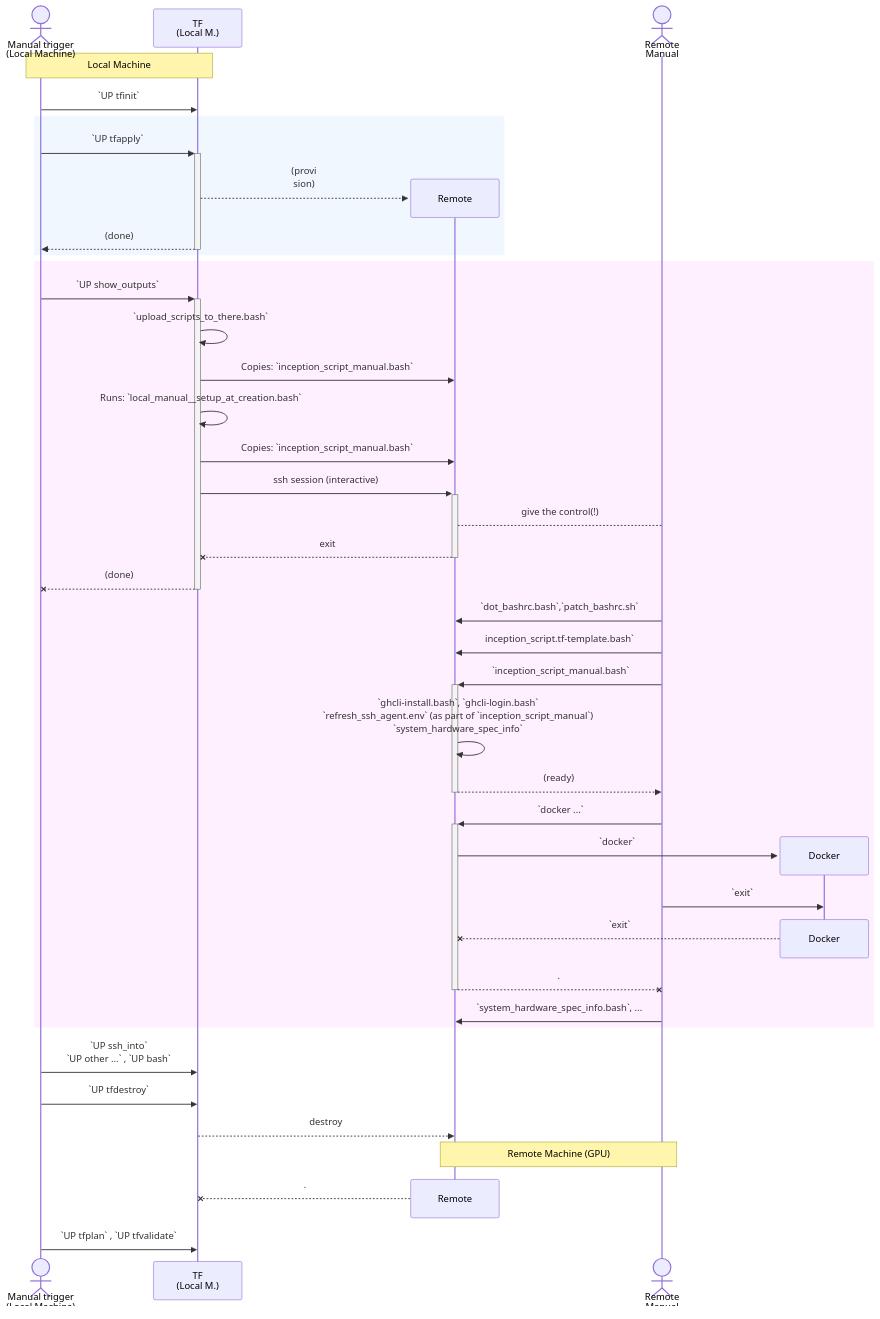
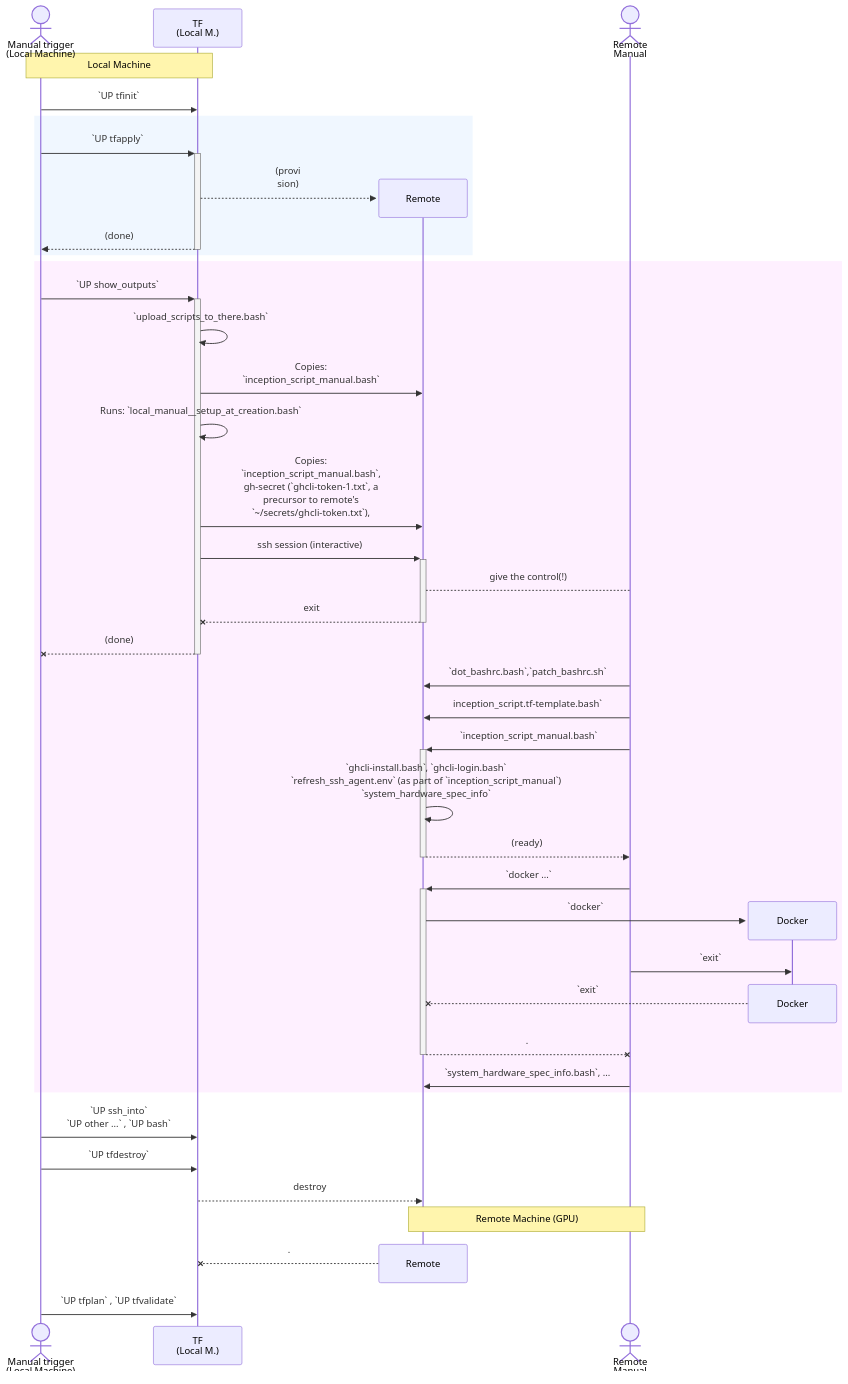
The diagram in provisioning_scripts/terraform/readme.md (sohale/gpu-experimentations), drawn with Mermaid before and after one commit. The commit also changed 7 other files, not shown here.

```diff
--- a/provisioning_scripts/terraform/readme.md
+++ b/provisioning_scripts/terraform/readme.md
@@ -35,10 +35,10 @@
     localuser->>+localtf: `UP show_outputs`
     %% localtf->>remotemachine: `upload_scripts_to_there.bash`<br/> (copies inception_script_manual.bash )
     localtf->>localtf: `upload_scripts_to_there.bash`
-    localtf->>remotemachine: Copies: `inception_script_manual.bash`
+    localtf->>remotemachine: Copies:<br/>`inception_script_manual.bash`
     localtf->>localtf: Runs: `local_manual__setup_at_creation.bash`
     %% remotemachine->>remotemachine: runs: local_manual__setup_at_creation.bash
-    localtf->>remotemachine: Copies: `inception_script_manual.bash`
+    localtf->>remotemachine: Copies:<br/>`inception_script_manual.bash`,<br/>gh-secret (`ghcli-token-1.txt`, a<br/> precursor to remote's<br/> `~/secrets/ghcli-token.txt`),
     %% runs locally:
     %%   local_manual__setup_at_creation.bash
     %% uploads scripts:
```
